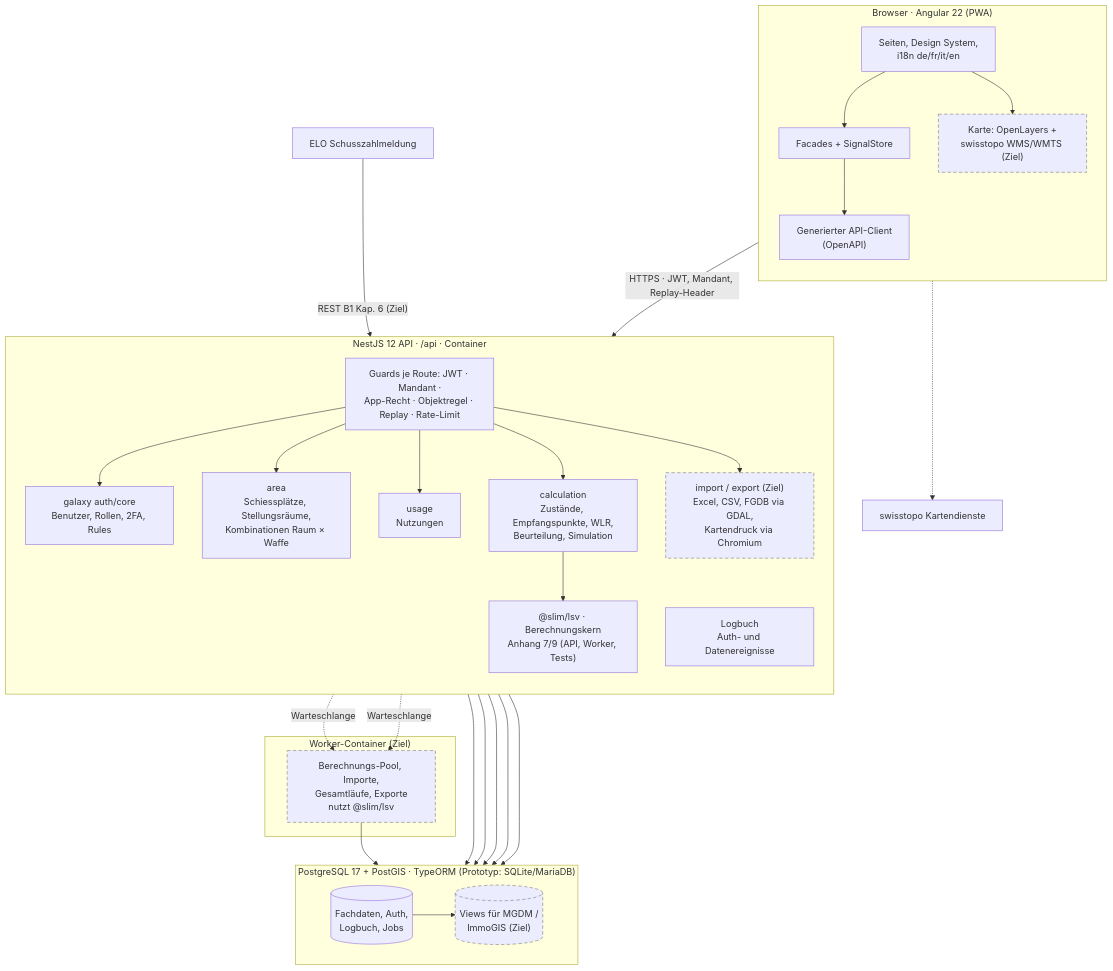
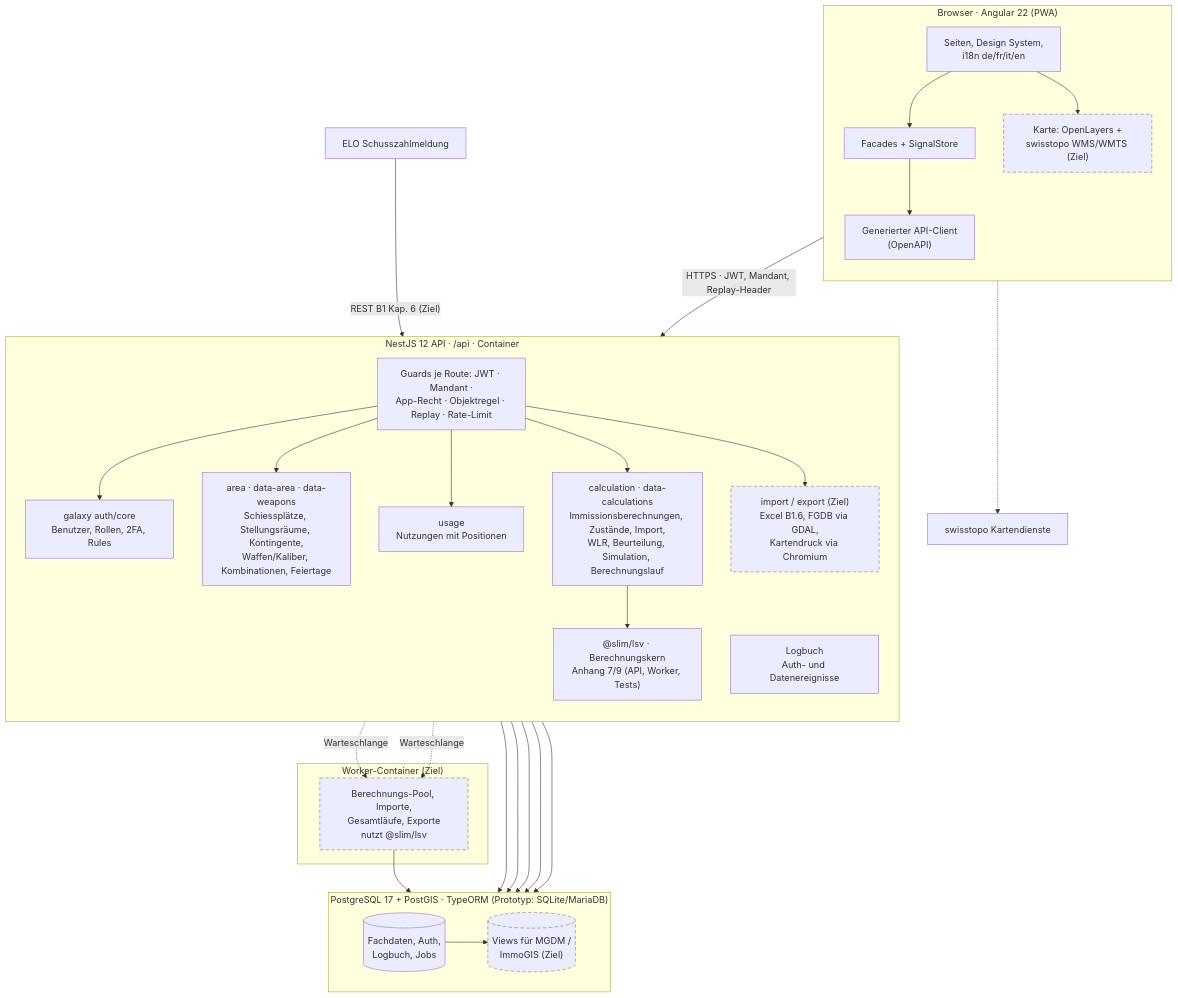
One commit to WeslleyDeSouza/slim-shooting-range-noise-management changed the first of 5 diagrams in docs/anforderungskatalog/C2-Loesungskonzept-SLIM.md. Above: the diagram before and after it, drawn with Mermaid. The commit also changed other lines of this file and 21 other files, not shown here.

````diff
--- a/docs/anforderungskatalog/C2-Loesungskonzept-SLIM.md
+++ b/docs/anforderungskatalog/C2-Loesungskonzept-SLIM.md
@@ -17,43 +17,43 @@
-```mermaid
+```mermaid width=90%
 flowchart TB
   subgraph Client["Browser · Angular 22 (PWA)"]
     direction TB
     APP["Seiten, Design System,<br/>i18n de/fr/it/en"]
     FACADE["Facades + SignalStore"]
     CLIENT["Generierter API-Client<br/>(OpenAPI)"]
     MAP["Karte: OpenLayers +<br/>swisstopo WMS/WMTS (Ziel)"]:::target
     APP --> FACADE --> CLIENT
     APP --> MAP
   end
   subgraph Server["NestJS 12 API · /api · Container"]
     direction TB
     GUARDS["Guards je Route: JWT · Mandant ·<br/>App-Recht · Objektregel · Replay · Rate-Limit"]
     GALAXY["galaxy auth/core<br/>Benutzer, Rollen, 2FA, Rules"]
-    AREA["area<br/>Schiessplätze, Stellungsräume,<br/>Kombinationen Raum × Waffe"]
-    USAGE["usage<br/>Nutzungen"]
-    CALC["calculation<br/>Zustände, Empfangspunkte, WLR,<br/>Beurteilung, Simulation"]
-    IO["import / export (Ziel)<br/>Excel, CSV, FGDB via GDAL,<br/>Kartendruck via Chromium"]:::target
+    AREA["area · data-area · data-weapons<br/>Schiessplätze, Stellungsräume, Kontingente,<br/>Waffen/Kaliber, Kombinationen, Feiertage"]
+    USAGE["usage<br/>Nutzungen mit Positionen"]
+    CALC["calculation · data-calculations<br/>Immissionsberechnungen, Zustände, Import,<br/>WLR, Beurteilung, Simulation, Berechnungslauf"]
+    IO["import / export (Ziel)<br/>Excel B1.6, FGDB via GDAL,<br/>Kartendruck via Chromium"]:::target
     LSV["@slim/lsv · Berechnungskern<br/>Anhang 7/9 (API, Worker, Tests)"]
     LOG["Logbuch<br/>Auth- und Datenereignisse"]
     GUARDS --> GALAXY & AREA & USAGE & CALC & IO
     CALC --> LSV
   end
   subgraph Worker["Worker-Container (Ziel)"]
     JOBS["Berechnungs-Pool, Importe,<br/>Gesamtläufe, Exporte<br/>nutzt @slim/lsv"]:::target
   end
   CALC -. "Warteschlange" .-> JOBS
   IO -. "Warteschlange" .-> JOBS
   subgraph Data["PostgreSQL 17 + PostGIS · TypeORM (Prototyp: SQLite/MariaDB)"]
     direction LR
     DB[("Fachdaten, Auth,<br/>Logbuch, Jobs")]
     VIEWS[("Views für MGDM /<br/>ImmoGIS (Ziel)")]:::target
   end
   ELO["ELO Schusszahlmeldung"]
   GEO["swisstopo Kartendienste"]
   CLIENT -- "HTTPS · JWT, Mandant, Replay-Header" --> GUARDS
   ELO -- "REST B1 Kap. 6 (Ziel)" --> GUARDS
   MAP -.-> GEO
   AREA & USAGE & CALC & GALAXY & LOG & JOBS --> DB
   DB --> VIEWS
   classDef target stroke-dasharray:6 4,stroke:#777;
 ```
````
